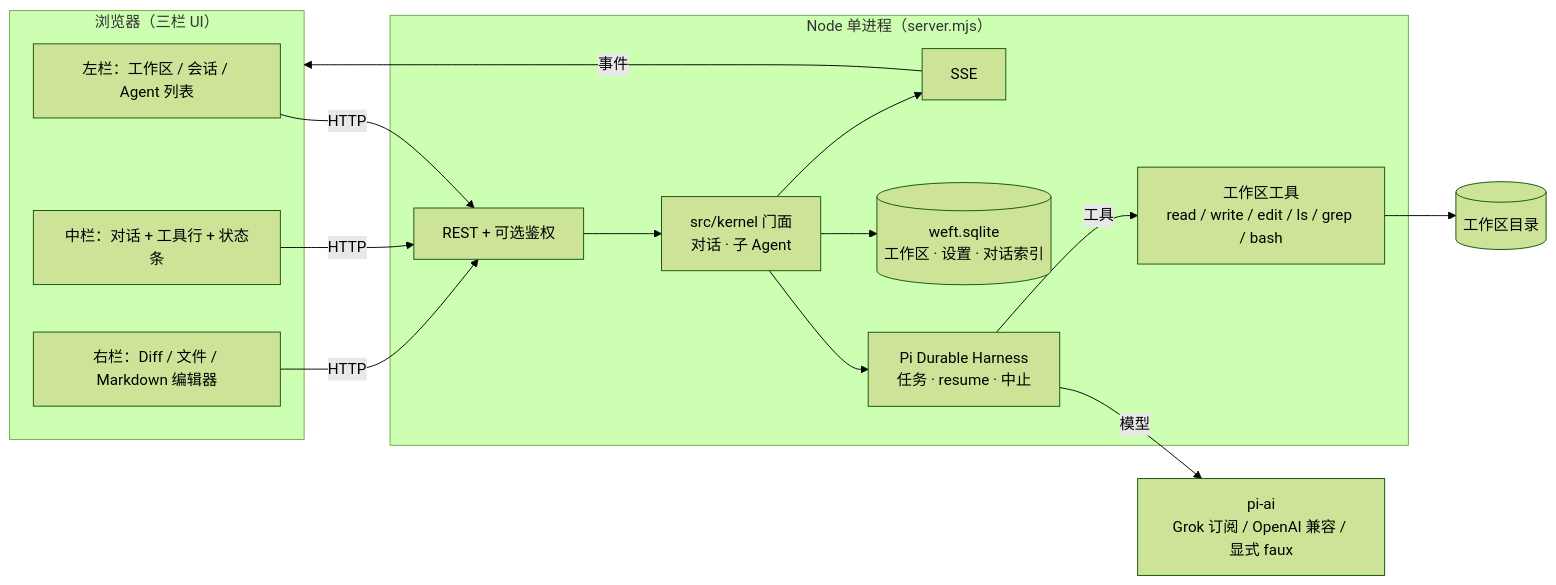
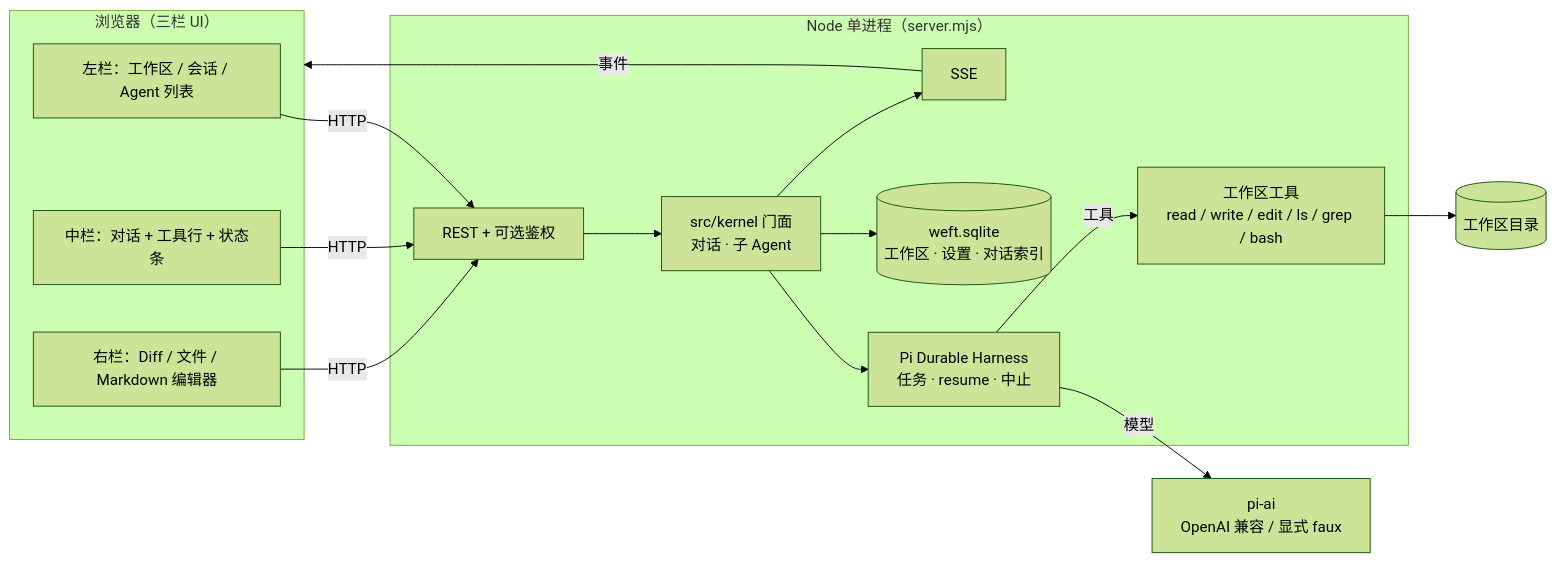
The diagram in docs/ARCHITECTURE.md (lawrencewzen/weft), drawn with Mermaid (forest theme) before and after one commit. The commit also changed 45 other files, not shown here.

````diff
--- a/docs/ARCHITECTURE.md
+++ b/docs/ARCHITECTURE.md
@@ -11,30 +11,30 @@
 ```mermaid
 flowchart LR
   subgraph Browser["浏览器（三栏 UI）"]
     L[左栏：工作区 / 会话 / Agent 列表]
     C[中栏：对话 + 工具行 + 状态条]
     R[右栏：Diff / 文件 / Markdown 编辑器]
   end
 
   subgraph Node["Node 单进程（server.mjs）"]
     API[REST + 可选鉴权]
     SSE[SSE]
     K[src/kernel 门面<br/>对话 · 子 Agent]
     H[Pi Durable Harness<br/>任务 · resume · 中止]
     APP[(weft.sqlite<br/>工作区 · 设置 · 对话索引)]
     T[工作区工具<br/>read / write / edit / ls / grep / bash]
   end
 
   WS[(工作区目录)]
-  LLM[pi-ai<br/>Grok 订阅 / OpenAI 兼容 / 显式 faux]
+  LLM[pi-ai<br/>OpenAI 兼容 / 显式 faux]
 
   L & C & R -->|HTTP| API
   SSE -->|事件| Browser
   API --> K
   K --> H
   K --> APP
   H -->|模型| LLM
   H -->|工具| T
   T --> WS
   K --> SSE
 ```
````
